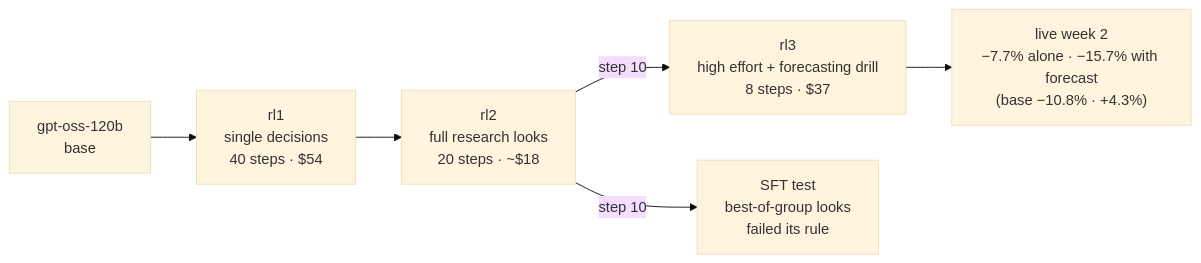
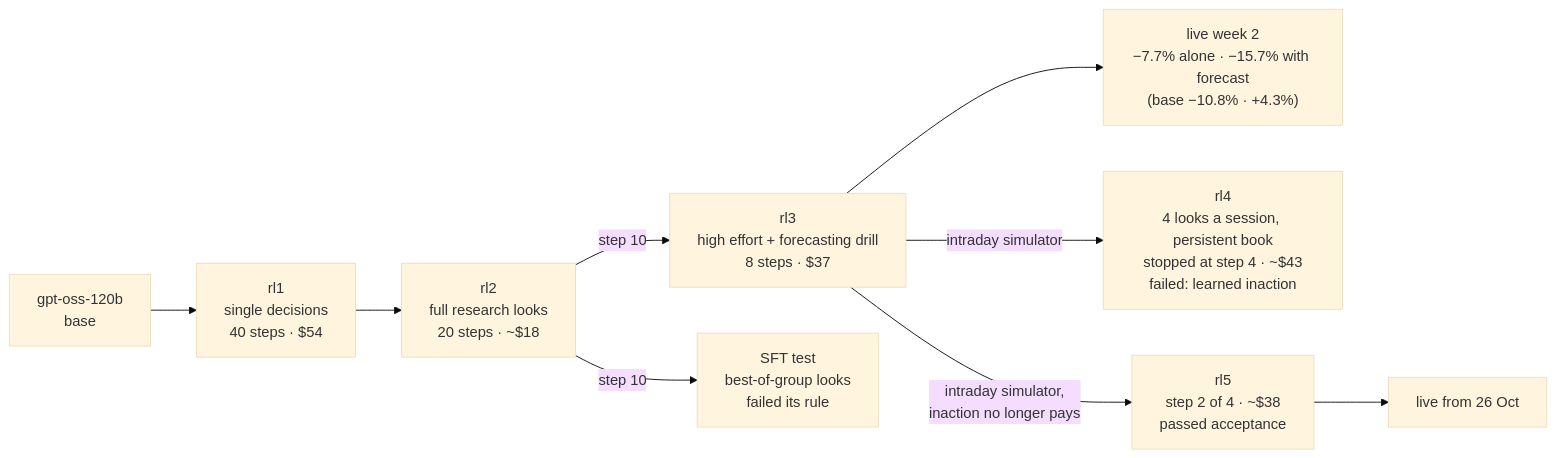
Before and after one commit to quiezent/gpt-oss-120b-native-trading-research: the diagram in README.md, drawn with Mermaid (base theme). The commit also changed other lines of this file and 26 other files, not shown here.

First line of the commit message:
Week 3 setup (26-30 Oct): rl4 failed in training (learned inaction), rl5 step 2 passes acceptance and goes live; bond/credit/FX forecast recalibration shipped

````diff
--- a/README.md
+++ b/README.md
@@ -31,8 +35,11 @@
 ```mermaid
 flowchart LR
     B["gpt-oss-120b<br/>base"] --> R1["rl1<br/>single decisions<br/>40 steps · $54"]
     R1 --> R2["rl2<br/>full research looks<br/>20 steps · ~$18"]
     R2 -->|step 10| R3["rl3<br/>high effort + forecasting drill<br/>8 steps · $37"]
     R2 -->|step 10| S["SFT test<br/>best-of-group looks<br/>failed its rule"]
     R3 --> L["live week 2<br/>−7.7% alone · −15.7% with forecast<br/>(base −10.8% · +4.3%)"]
+    R3 -->|intraday simulator| R4["rl4<br/>4 looks a session, persistent book<br/>stopped at step 4 · ~$43<br/>failed: learned inaction"]
+    R3 -->|intraday simulator,<br/>inaction no longer pays| R5["rl5<br/>step 2 of 4 · ~$38<br/>passed acceptance"]
+    R5 --> L5["live from 26 Oct"]
 ```
````
